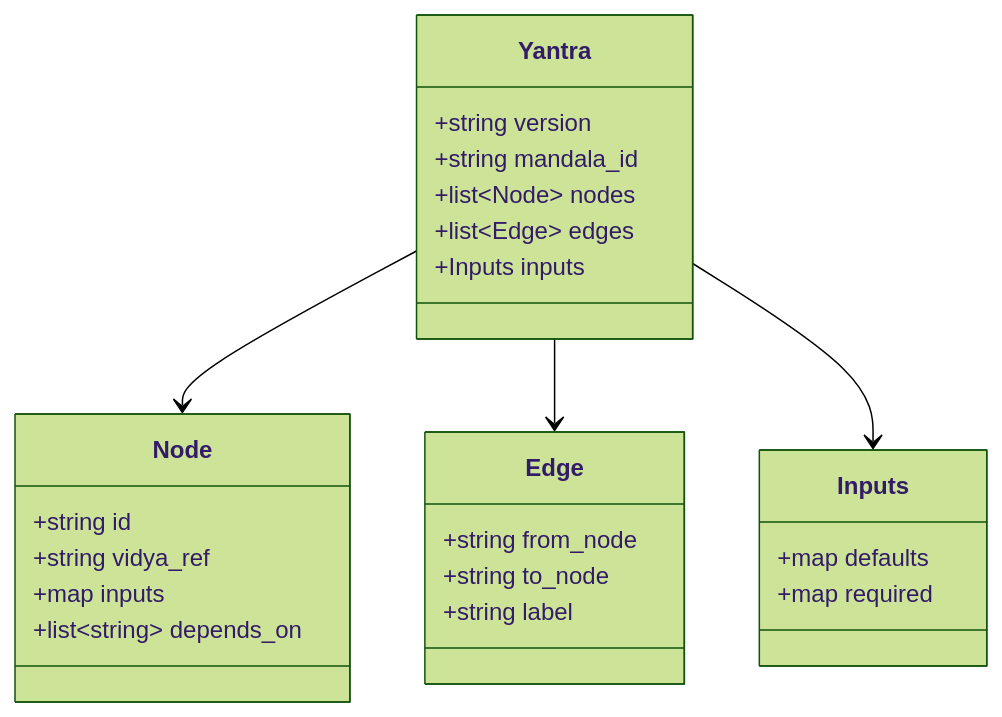
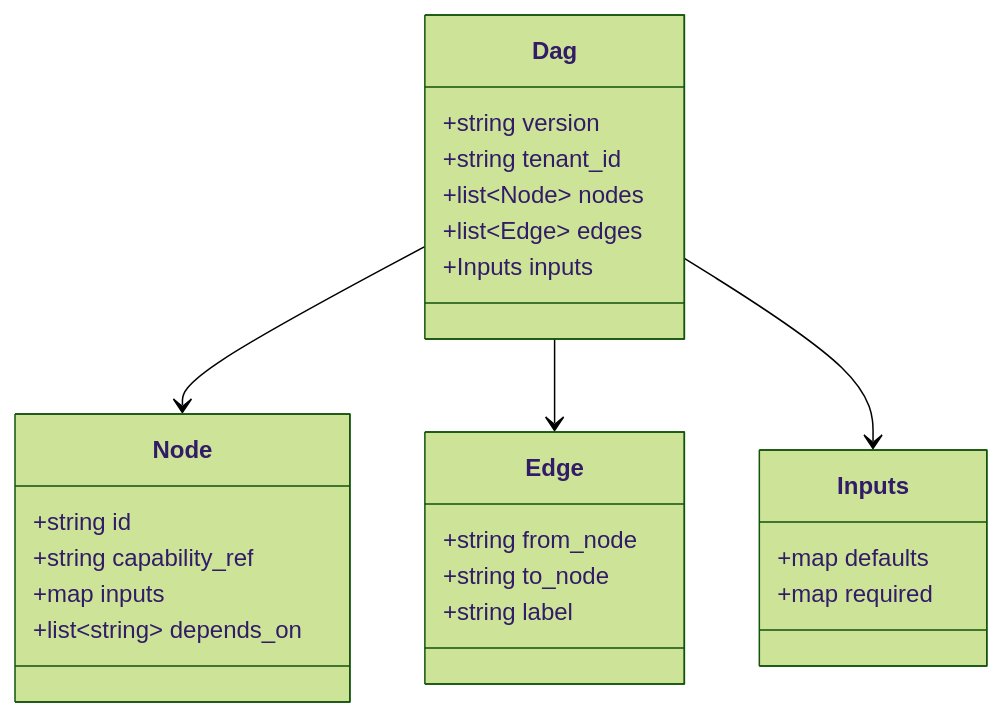
Before and after one commit to so-weak/Aakaar: the fourth of 12 diagrams in documentation/src/02-LLD.md, drawn with Mermaid (forest theme). The commit also changed other lines of this file and 23 other files, not shown here.

````diff
--- a/documentation/src/02-LLD.md
+++ b/documentation/src/02-LLD.md
@@ -143,28 +146,28 @@
 ```mermaid
 classDiagram
-  class Yantra {
+  class Dag {
     +string version
-    +string mandala_id
+    +string tenant_id
     +list~Node~ nodes
     +list~Edge~ edges
     +Inputs inputs
   }
   class Node {
     +string id
-    +string vidya_ref
+    +string capability_ref
     +map inputs
     +list~string~ depends_on
   }
   class Edge {
     +string from_node
     +string to_node
     +string label
   }
   class Inputs {
     +map defaults
     +map required
   }
-  Yantra --> Node
-  Yantra --> Edge
-  Yantra --> Inputs
+  Dag --> Node
+  Dag --> Edge
+  Dag --> Inputs
 ```
````
